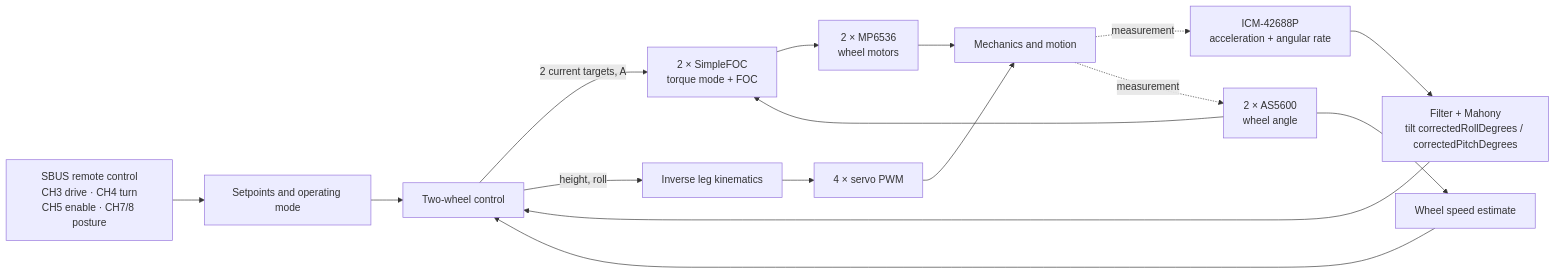
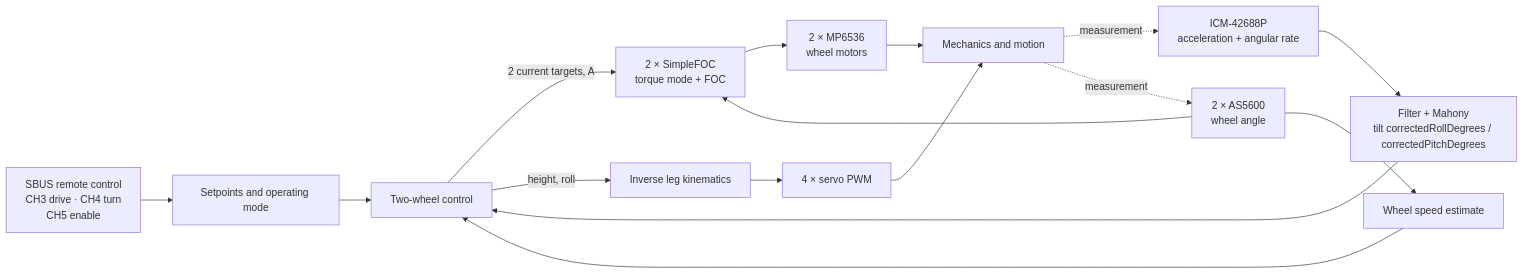
One commit to nikolasvoss/Navbot-ES02 changed the diagram in docs/robot/software/control-flow.md. Above: the diagram before and after it, drawn with Mermaid. The commit also changed other lines of this file and 21 other files, not shown here.

````diff
--- a/docs/robot/software/control-flow.md
+++ b/docs/robot/software/control-flow.md
@@ -13,18 +13,18 @@
 ```mermaid
 flowchart LR
-    RC[SBUS remote control<br/>CH3 drive · CH4 turn<br/>CH5 enable · CH7/8 posture] --> CMD[Setpoints and operating mode]
+    RC[SBUS remote control<br/>CH3 drive · CH4 turn<br/>CH5 enable] --> CMD[Setpoints and operating mode]
     IMU[ICM-42688P<br/>acceleration + angular rate] --> MAH[Filter + Mahony<br/>tilt correctedRollDegrees / correctedPitchDegrees]
     ENC[2 × AS5600<br/>wheel angle] --> VEL[Wheel speed estimate]
     CMD --> CTRL[Two-wheel control]
     MAH --> CTRL
     VEL --> CTRL
     CTRL -->|2 current targets, A| FOC[2 × SimpleFOC<br/>torque mode + FOC]
     ENC --> FOC
     FOC --> DRV[2 × MP6536<br/>wheel motors]
     CTRL -->|height, roll| IK[Inverse leg kinematics]
     IK --> SERVO[4 × servo PWM]
     DRV --> ROBOT[Mechanics and motion]
     SERVO --> ROBOT
     ROBOT -. measurement .-> IMU
     ROBOT -. measurement .-> ENC
 ```
````
